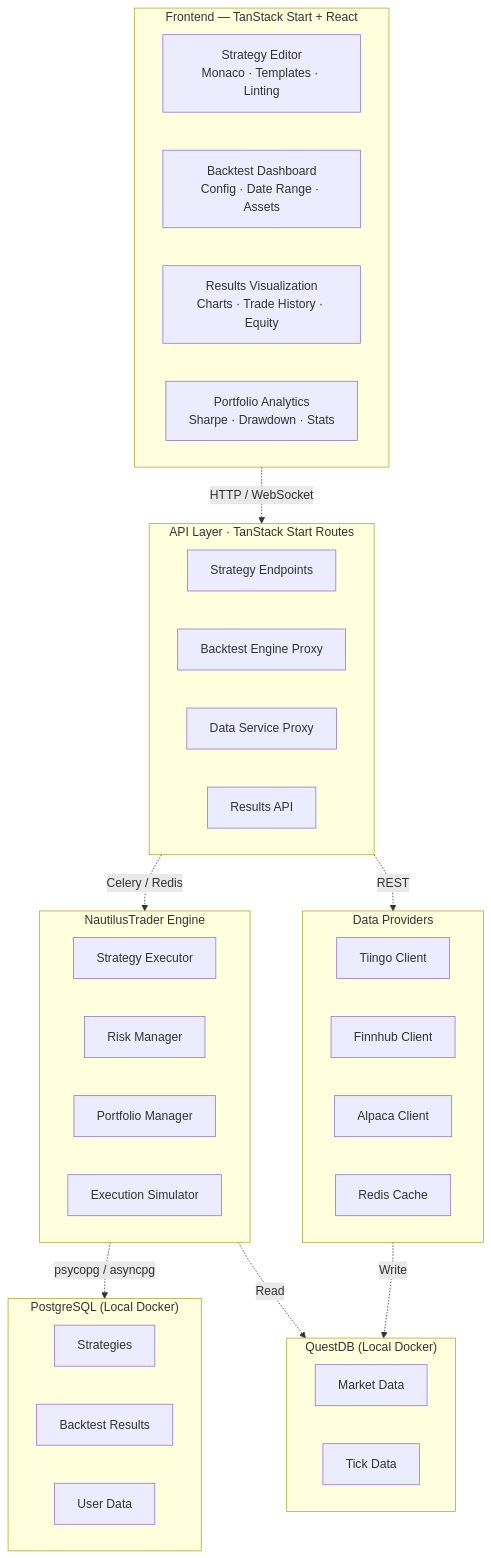
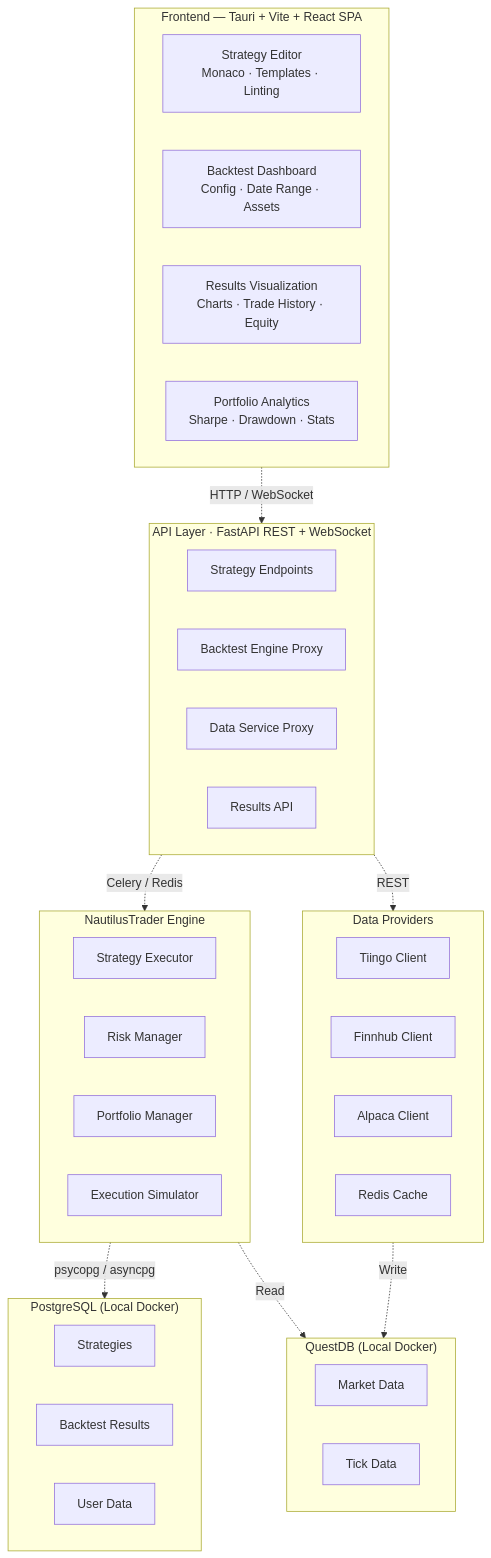
One commit to huydhoang/quantlens-docs changed the first of 9 diagrams in system_design.md. Above: the diagram before and after it, drawn with Mermaid. The commit also changed other lines of this file and 3 other files, not shown here.

Commit message:
Create local_frontend.md and update docs to align with Tauri + Vite + React + TanStack stack

````diff
--- a/system_design.md
+++ b/system_design.md
@@ -7,54 +7,54 @@
 ```mermaid
 flowchart TD
-    subgraph Frontend["Frontend — TanStack Start + React"]
+    subgraph Frontend["Frontend — Tauri + Vite + React SPA"]
         direction LR
         B["Strategy Editor<br/>Monaco · Templates · Linting"]
         C["Backtest Dashboard<br/>Config · Date Range · Assets"]
         D["Results Visualization<br/>Charts · Trade History · Equity"]
         E["Portfolio Analytics<br/>Sharpe · Drawdown · Stats"]
     end
 
-    subgraph API["API Layer · TanStack Start Routes"]
+    subgraph API["API Layer · FastAPI REST + WebSocket"]
         direction LR
         G[Strategy Endpoints]
         H[Backtest Engine Proxy]
         I[Data Service Proxy]
         J[Results API]
     end
 
     subgraph Nautilus["NautilusTrader Engine"]
         direction LR
         K1[Strategy Executor]
         K2[Risk Manager]
         K3[Portfolio Manager]
         K4[Execution Simulator]
     end
 
     subgraph DataProv["Data Providers"]
         direction LR
         L0[Tiingo Client]
         L1[Finnhub Client]
         L2[Alpaca Client]
         L3[Redis Cache]
     end
 
     subgraph PG["PostgreSQL (Local Docker)"]
         direction LR
         M1[Strategies]
         M2[Backtest Results]
         M3[User Data]
     end
 
     subgraph TSDB["QuestDB (Local Docker)"]
         direction LR
         N1[Market Data]
         N2[Tick Data]
     end
 
     Frontend -.->|HTTP / WebSocket| API
     API -.->|Celery / Redis| Nautilus
     API -.->|REST| DataProv
     Nautilus -.->|psycopg / asyncpg| PG
     DataProv -.->|Write| TSDB
     Nautilus -.->|Read| TSDB
 ```
````
